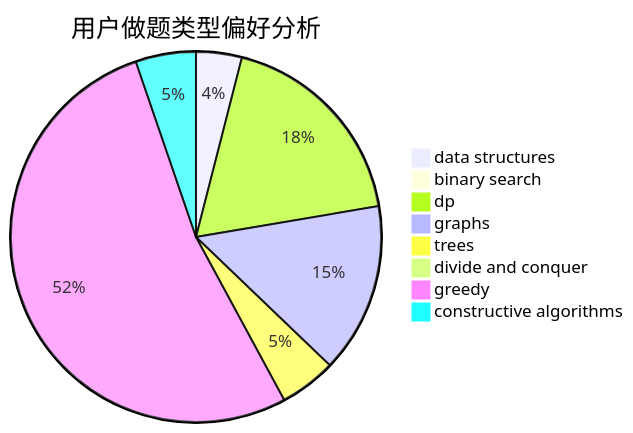
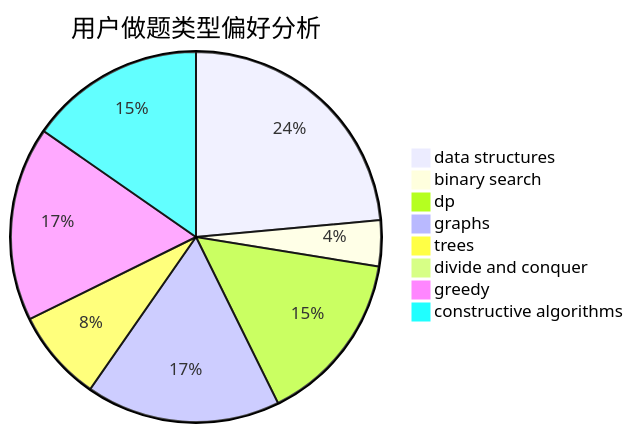
The second of 3 diagrams in docs/user/u334.md (sherpahu/cfrs.github.io), drawn with Mermaid before and after one commit. The commit also changed other lines of this file and 2770 other files, not shown here.

````diff
--- a/docs/user/u334.md
+++ b/docs/user/u334.md
@@ -23,11 +23,11 @@
 ```mermaid
 pie title 用户做题类型偏好分析
-    "data structures" :  25
-    "binary search" :  4
-    "dp" :  115
+    "data structures" :  129
+    "binary search" :  22
+    "dp" :  83
     "graphs" :  93
-    "trees" :  31
-    "divide and conquer" :  5
-    "greedy" :  330
-    "constructive algorithms" :  33
+    "trees" :  44
+    "divide and conquer" :  0
+    "greedy" :  93
+    "constructive algorithms" :  84
 ```
````
